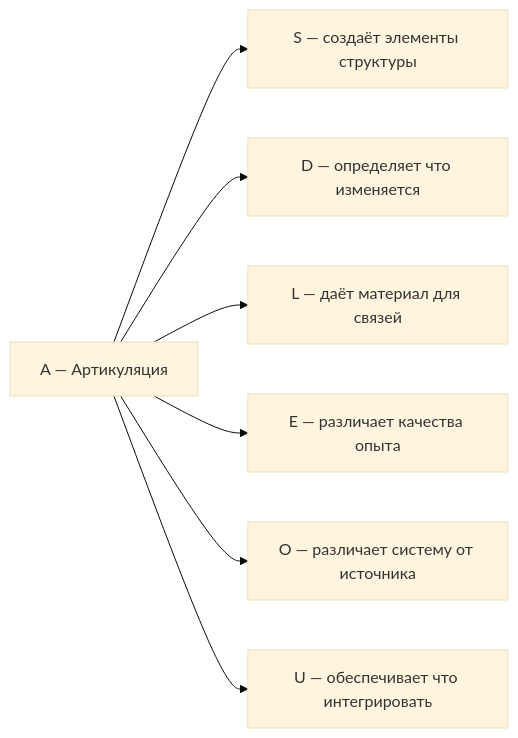
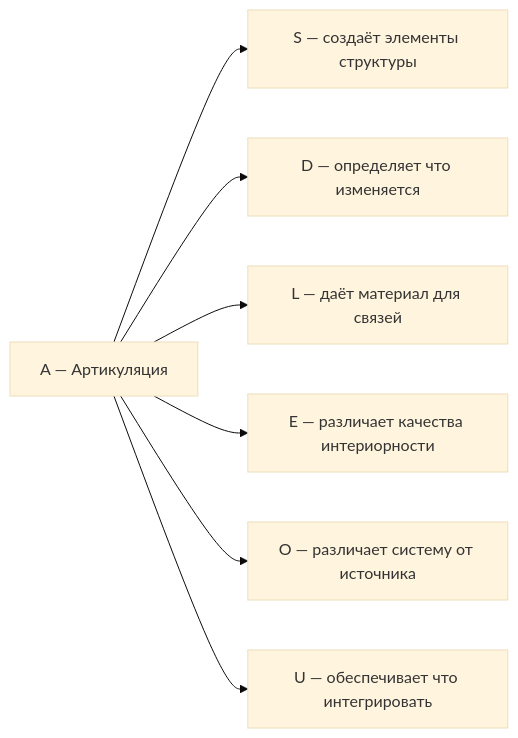
The diagram in website/docs/core/structure/dimension-a.md (uhm-theory/holon), drawn with Mermaid (base theme) before and after one commit. The commit also changed 117 other files, not shown here.

````diff
--- a/website/docs/core/structure/dimension-a.md
+++ b/website/docs/core/structure/dimension-a.md
@@ -91,9 +91,9 @@
 ```mermaid
 graph LR
     A["A — Артикуляция"] --> S["S — создаёт элементы структуры"]
     A --> D["D — определяет что изменяется"]
     A --> L["L — даёт материал для связей"]
-    A --> E["E — различает качества опыта"]
+    A --> E["E — различает качества интериорности"]
     A --> O["O — различает систему от источника"]
     A --> U["U — обеспечивает что интегрировать"]
 ```
````
